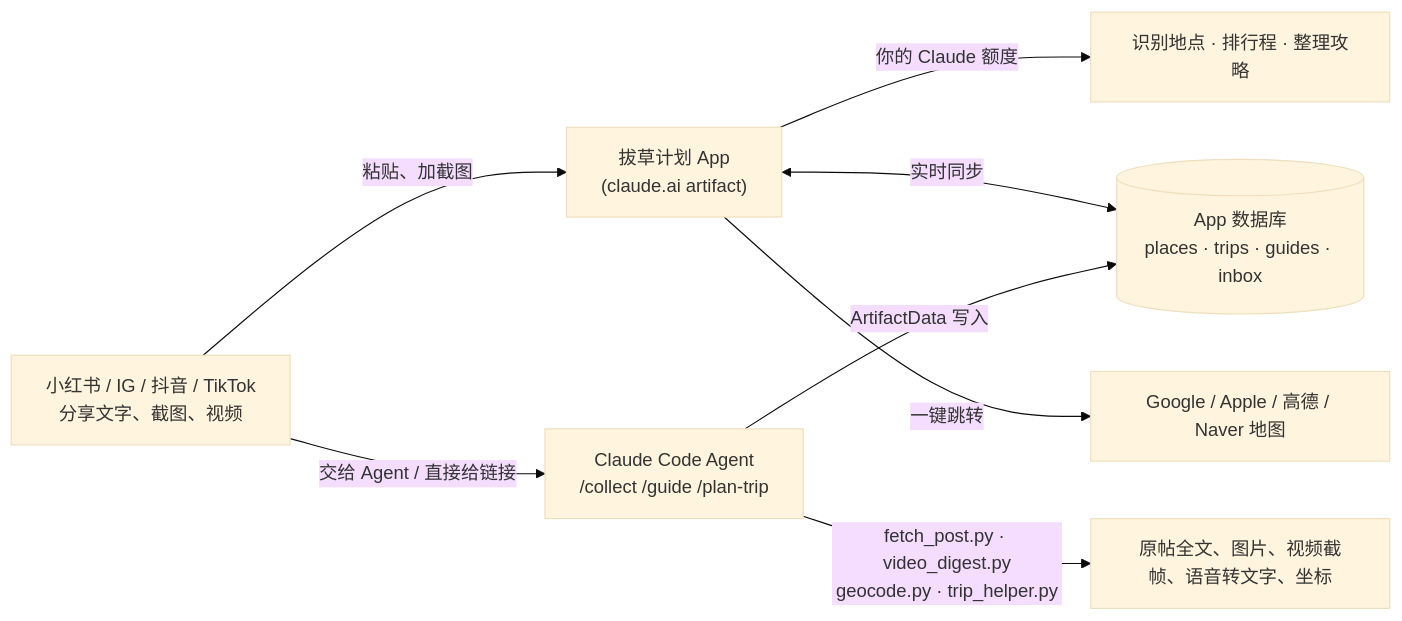
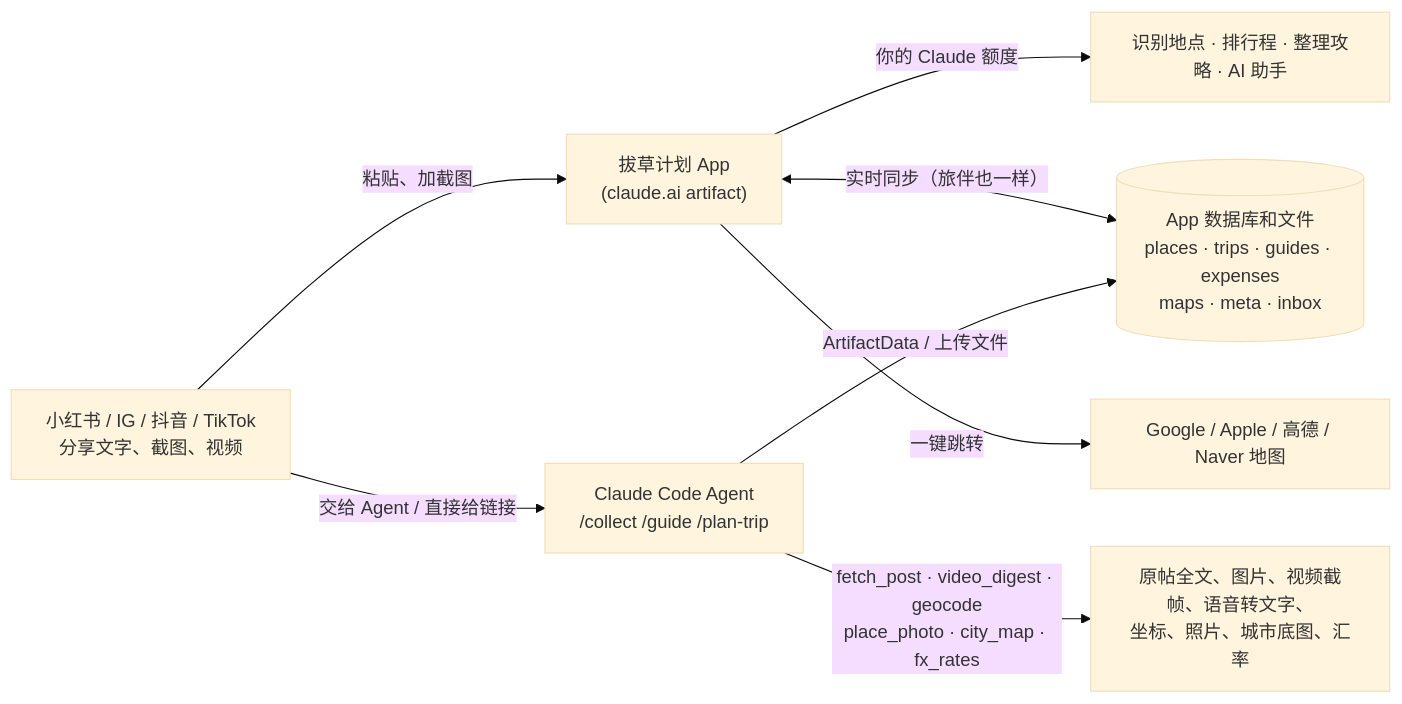
Before and after one commit to MShen0/Travel-Planner: the diagram in README.md, drawn with Mermaid (base theme). The commit also changed other lines of this file and 19 other files, not shown here.

````diff
--- a/README.md
+++ b/README.md
@@ -77,10 +92,10 @@
 ```mermaid
 flowchart LR
   A["小红书 / IG / 抖音 / TikTok<br/>分享文字、截图、视频"] -->|粘贴、加截图| B["拔草计划 App<br/>(claude.ai artifact)"]
   A -->|"交给 Agent / 直接给链接"| C["Claude Code Agent<br/>/collect /guide /plan-trip"]
-  C -->|"fetch_post.py · video_digest.py<br/>geocode.py · trip_helper.py"| D["原帖全文、图片、视频截帧、语音转文字、坐标"]
-  C -->|ArtifactData 写入| E[("App 数据库<br/>places · trips · guides · inbox")]
-  B <-->|实时同步| E
-  B -->|你的 Claude 额度| F["识别地点 · 排行程 · 整理攻略"]
+  C -->|"fetch_post · video_digest · geocode<br/>place_photo · city_map · fx_rates"| D["原帖全文、图片、视频截帧、语音转文字、<br/>坐标、照片、城市底图、汇率"]
+  C -->|ArtifactData / 上传文件| E[("App 数据库和文件<br/>places · trips · guides · expenses<br/>maps · meta · inbox")]
+  B <-->|实时同步（旅伴也一样）| E
+  B -->|你的 Claude 额度| F["识别地点 · 排行程 · 整理攻略 · AI 助手"]
   B -->|一键跳转| G["Google / Apple / 高德 / Naver 地图"]
 ```
````
